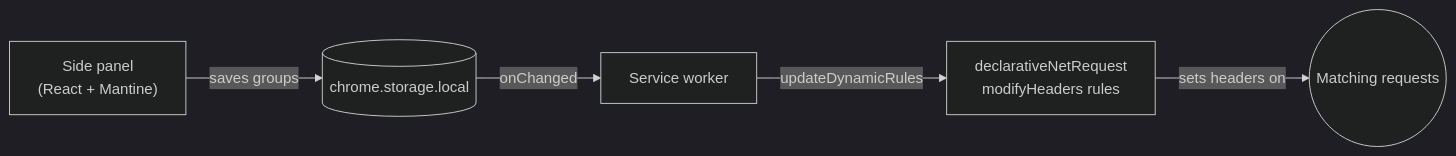
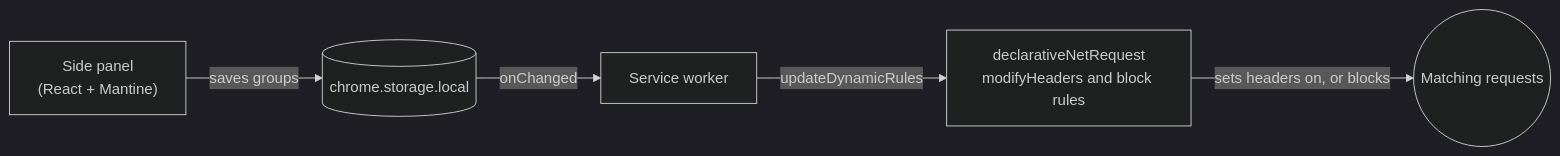
One commit to svichas/ReqTune changed the diagram in README.md. Above: the diagram before and after it, drawn with Mermaid (dark theme). The commit also changed other lines of this file and 5 other files, not shown here.

````diff
--- a/README.md
+++ b/README.md
@@ -89,7 +89,7 @@
 ```mermaid
 flowchart LR
   UI["Side panel<br/>(React + Mantine)"] -- saves groups --> S[("chrome.storage.local")]
   S -- onChanged --> SW["Service worker"]
-  SW -- updateDynamicRules --> DNR["declarativeNetRequest<br/>modifyHeaders rules"]
-  DNR -- sets headers on --> R(("Matching requests"))
+  SW -- updateDynamicRules --> DNR["declarativeNetRequest<br/>modifyHeaders and block rules"]
+  DNR -- sets headers on, or blocks --> R(("Matching requests"))
 ```
````
